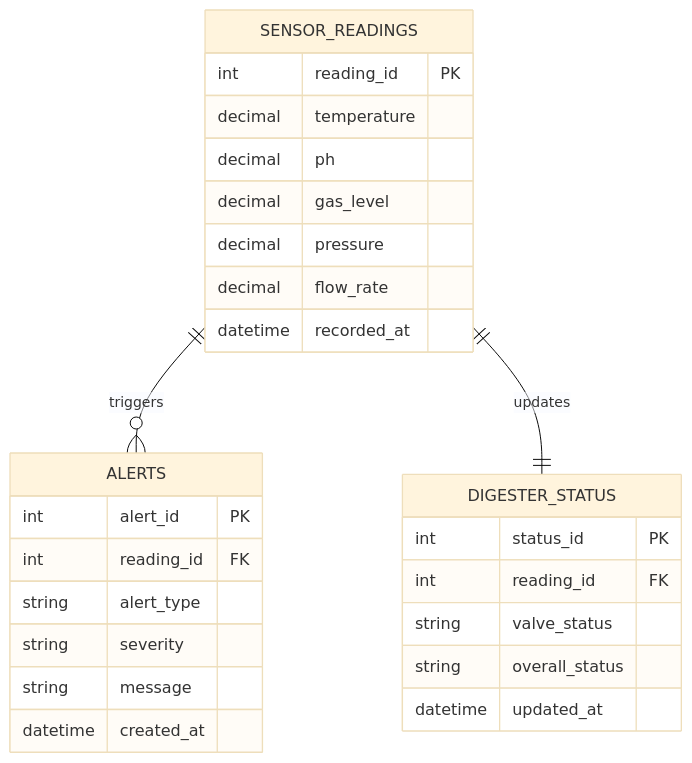
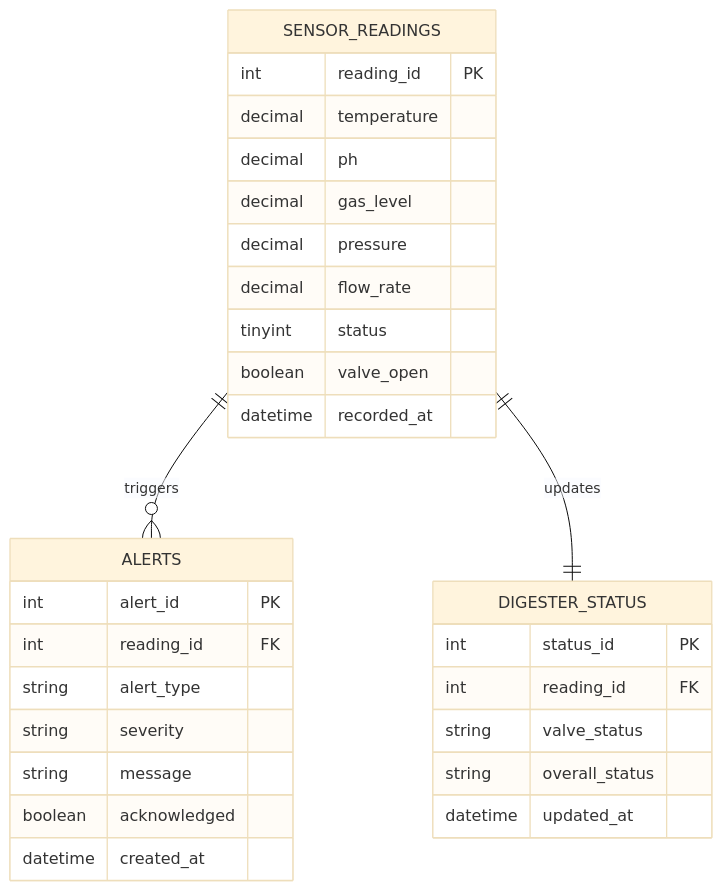
One commit to lastimosocharls-gif/Project-SULO changed the third of 3 diagrams in documentation/SYSTEM_ARCHITECTURE.MD. Above: the diagram before and after it, drawn with Mermaid (base theme). The commit also changed other lines of this file and 31 other files, not shown here.

````diff
--- a/documentation/SYSTEM_ARCHITECTURE.MD
+++ b/documentation/SYSTEM_ARCHITECTURE.MD
@@ -119,54 +125,36 @@
 ```mermaid
 erDiagram
 
     SENSOR_READINGS ||--o{ ALERTS : triggers
     SENSOR_READINGS ||--|| DIGESTER_STATUS : updates
 
     SENSOR_READINGS {
-
         int reading_id PK
-
         decimal temperature
-
         decimal ph
-
         decimal gas_level
-
         decimal pressure
-
         decimal flow_rate
-
+        tinyint status
+        boolean valve_open
         datetime recorded_at
-
     }
 
     ALERTS {
-
         int alert_id PK
-
         int reading_id FK
-
         string alert_type
-
         string severity
-
         string message
-
+        boolean acknowledged
         datetime created_at
-
     }
 
     DIGESTER_STATUS {
-
         int status_id PK
-
         int reading_id FK
-
         string valve_status
-
         string overall_status
-
         datetime updated_at
-
     }
 ```
````
